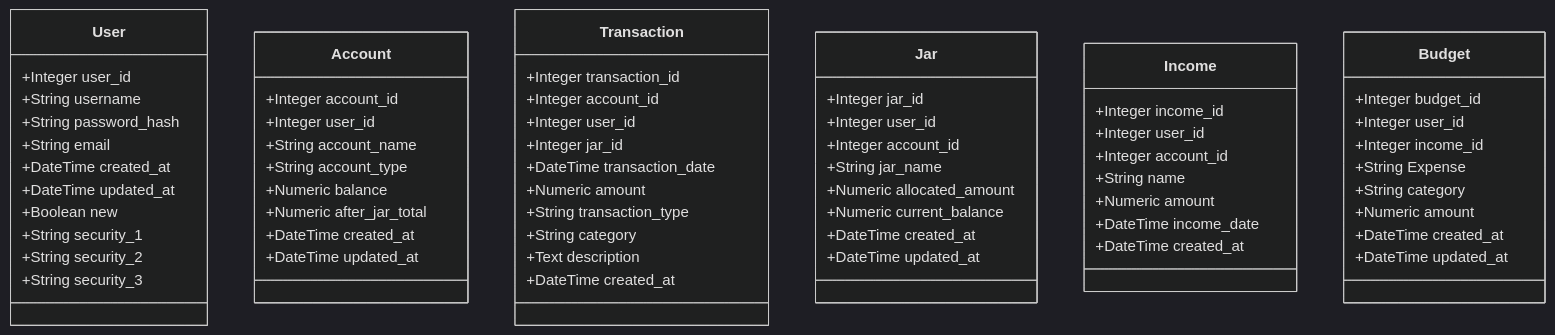
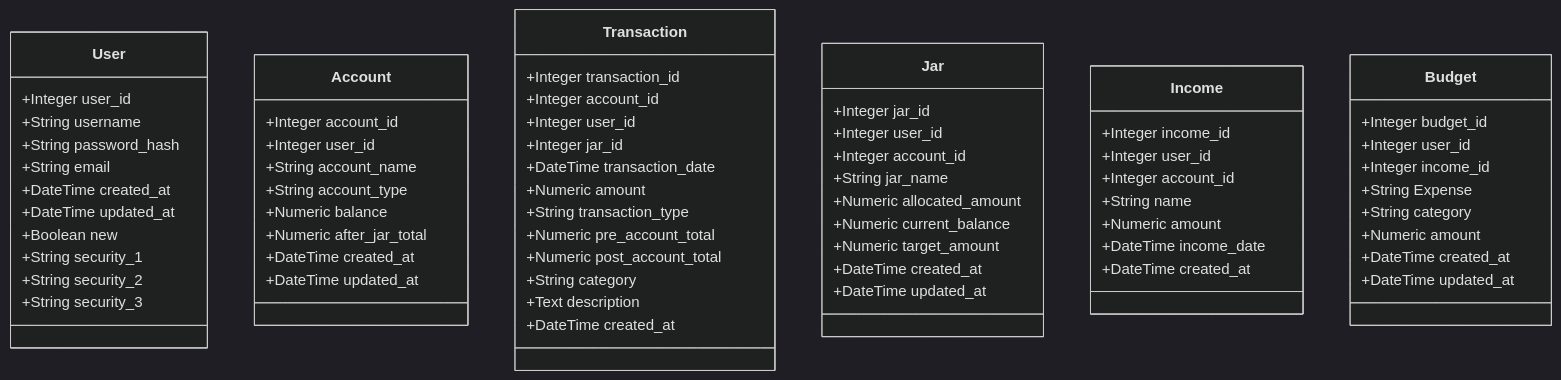
The diagram in Docs/System Modelling/Class_Diagrams.md (UniOfGreenwich/elee1149-coursework--steak), drawn with Mermaid (dark theme) before and after one commit.

````diff
--- a/Docs/System Modelling/Class_Diagrams.md
+++ b/Docs/System Modelling/Class_Diagrams.md
@@ -3,66 +3,69 @@
 ```mermaid
 classDiagram
     class User {
         +Integer user_id
         +String username
         +String password_hash
         +String email
         +DateTime created_at
         +DateTime updated_at
         +Boolean new
         +String security_1
         +String security_2
         +String security_3
     }
     class Account {
         +Integer account_id
         +Integer user_id
         +String account_name
         +String account_type
         +Numeric balance
         +Numeric after_jar_total
         +DateTime created_at
         +DateTime updated_at
     }
     class Transaction {
         +Integer transaction_id
         +Integer account_id
         +Integer user_id
         +Integer jar_id
         +DateTime transaction_date
         +Numeric amount
         +String transaction_type
+        +Numeric pre_account_total
+        +Numeric post_account_total
         +String category
         +Text description
         +DateTime created_at
     }
     class Jar {
         +Integer jar_id
         +Integer user_id
         +Integer account_id
         +String jar_name
         +Numeric allocated_amount
         +Numeric current_balance
+        +Numeric target_amount
         +DateTime created_at
         +DateTime updated_at
     }
     class Income {
         +Integer income_id
         +Integer user_id
         +Integer account_id
         +String name
         +Numeric amount
         +DateTime income_date
         +DateTime created_at
     }
     class Budget {
         +Integer budget_id
         +Integer user_id
         +Integer income_id
         +String Expense
         +String category
         +Numeric amount
         +DateTime created_at
         +DateTime updated_at
     }
 ```
````
